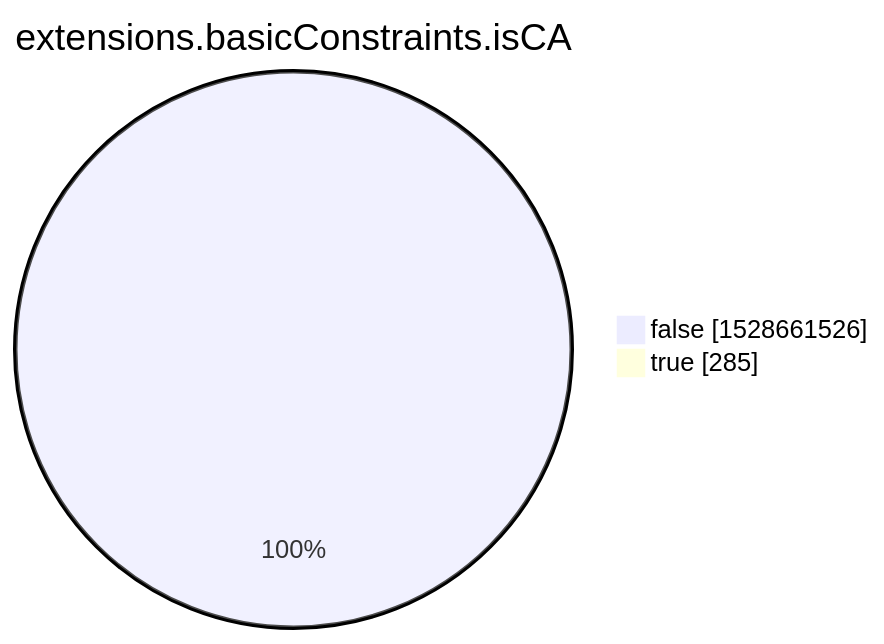
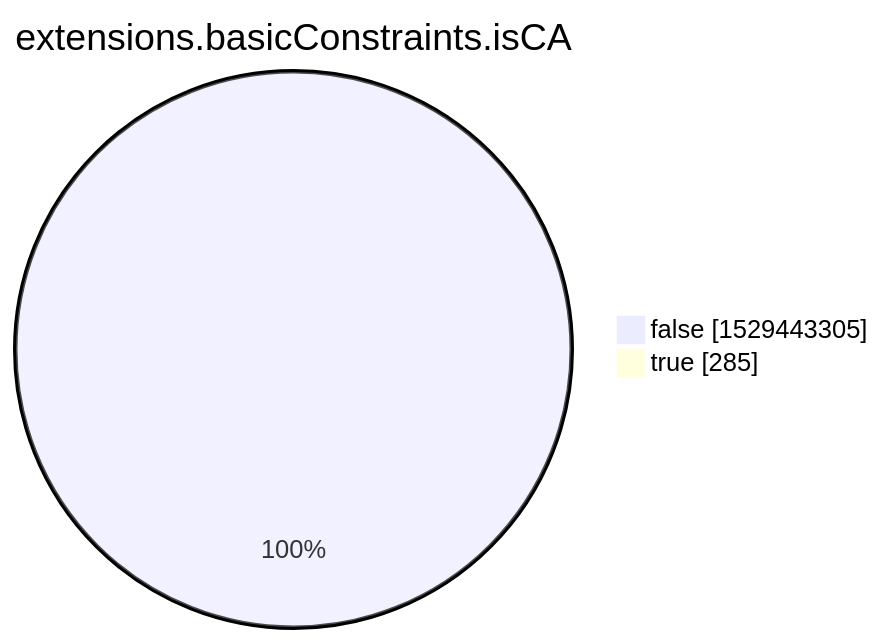
One commit to christiankrug/ctmonitor_visualization changed the eighth of 15 diagrams in xenon2022/README.md. Above: the diagram before and after it, drawn with Mermaid. The commit also changed other lines of this file, not shown here.

````diff
--- a/xenon2022/README.md
+++ b/xenon2022/README.md
@@ -2857,6 +2857,6 @@
 ```mermaid
 pie showData
 title extensions.basicConstraints.isCA
-"false" :1528661526
+"false" :1529443305
 "true" :285
 ```
````
